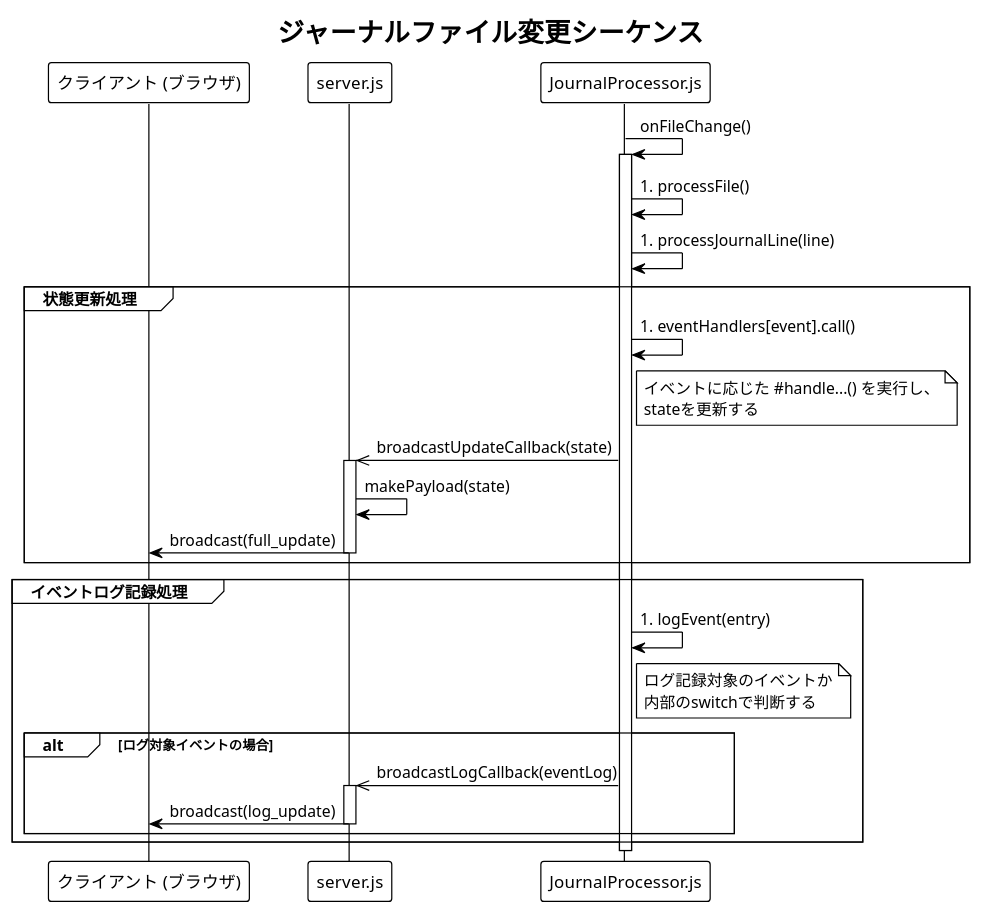
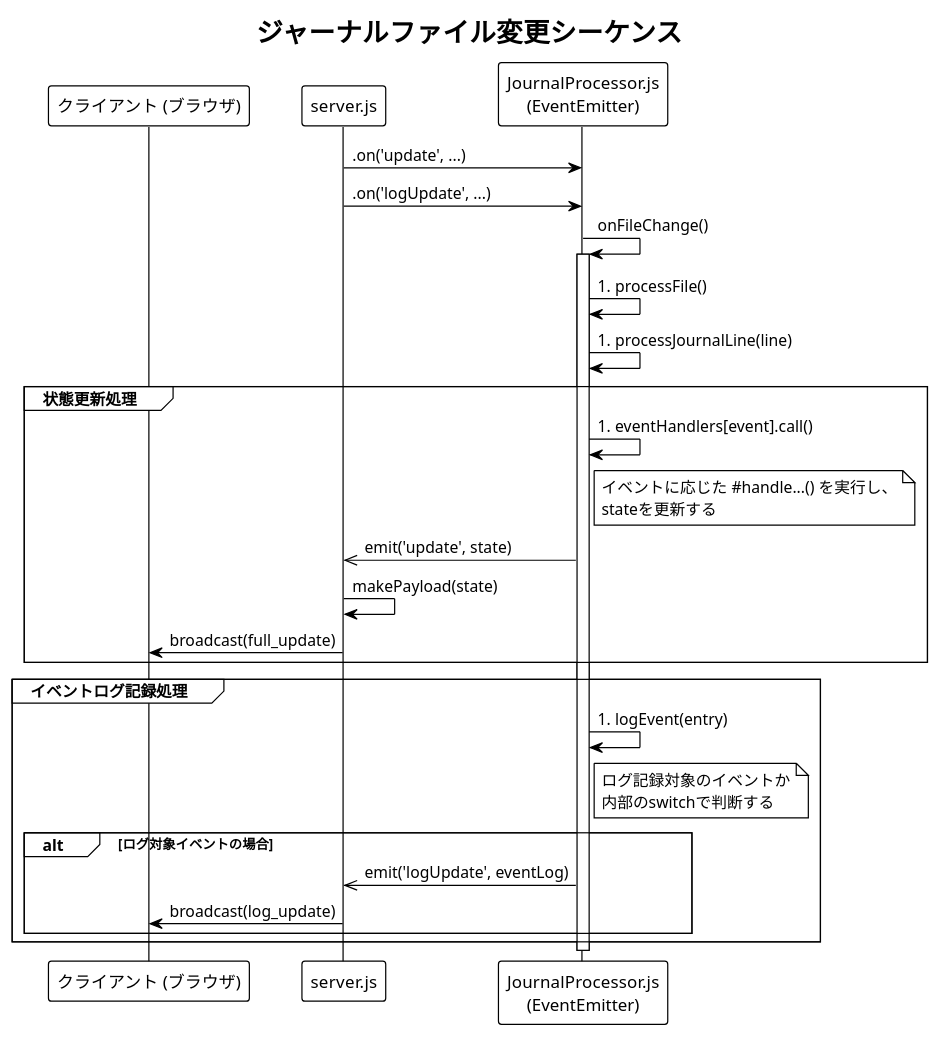
One commit to d11j/ed-dashboard changed the first of 3 diagrams in DESIGN.md. Above: the diagram before and after it, drawn with PlantUML. The commit also changed other lines of this file and 2 other files, not shown here.

````diff
--- a/DESIGN.md
+++ b/DESIGN.md
@@ -36,38 +36,37 @@
 ```plantuml
 @startuml
 !theme plain
 title ジャーナルファイル変更シーケンス
 
 participant "クライアント (ブラウザ)" as Client
 participant "server.js" as Server
-participant "JournalProcessor.js" as Processor
+participant "JournalProcessor.js\n(EventEmitter)" as Processor
+
+Server -> Processor: .on('update', ...)
+Server -> Processor: .on('logUpdate', ...)
 
 Processor -> Processor: onFileChange()
 activate Processor
 Processor -> Processor: #processFile()
 Processor -> Processor: #processJournalLine(line)
 
 group 状態更新処理
     Processor -> Processor: #eventHandlers[event].call()
     note right of Processor: イベントに応じた #handle...() を実行し、\nstateを更新する
-    Processor ->> Server: broadcastUpdateCallback(state)
-    activate Server
+    Processor ->> Server: emit('update', state)
     Server -> Server: makePayload(state)
     Server -> Client: broadcast(full_update)
-    deactivate Server
 end
 
 group イベントログ記録処理
     Processor -> Processor: #logEvent(entry)
     note right of Processor: ログ記録対象のイベントか\n内部のswitchで判断する
     alt ログ対象イベントの場合
-        Processor ->> Server: broadcastLogCallback(eventLog)
-        activate Server
+        Processor ->> Server: emit('logUpdate', eventLog)
         Server -> Client: broadcast(log_update)
-        deactivate Server
     end
 end
 
 deactivate Processor
 @enduml
 ```
````
